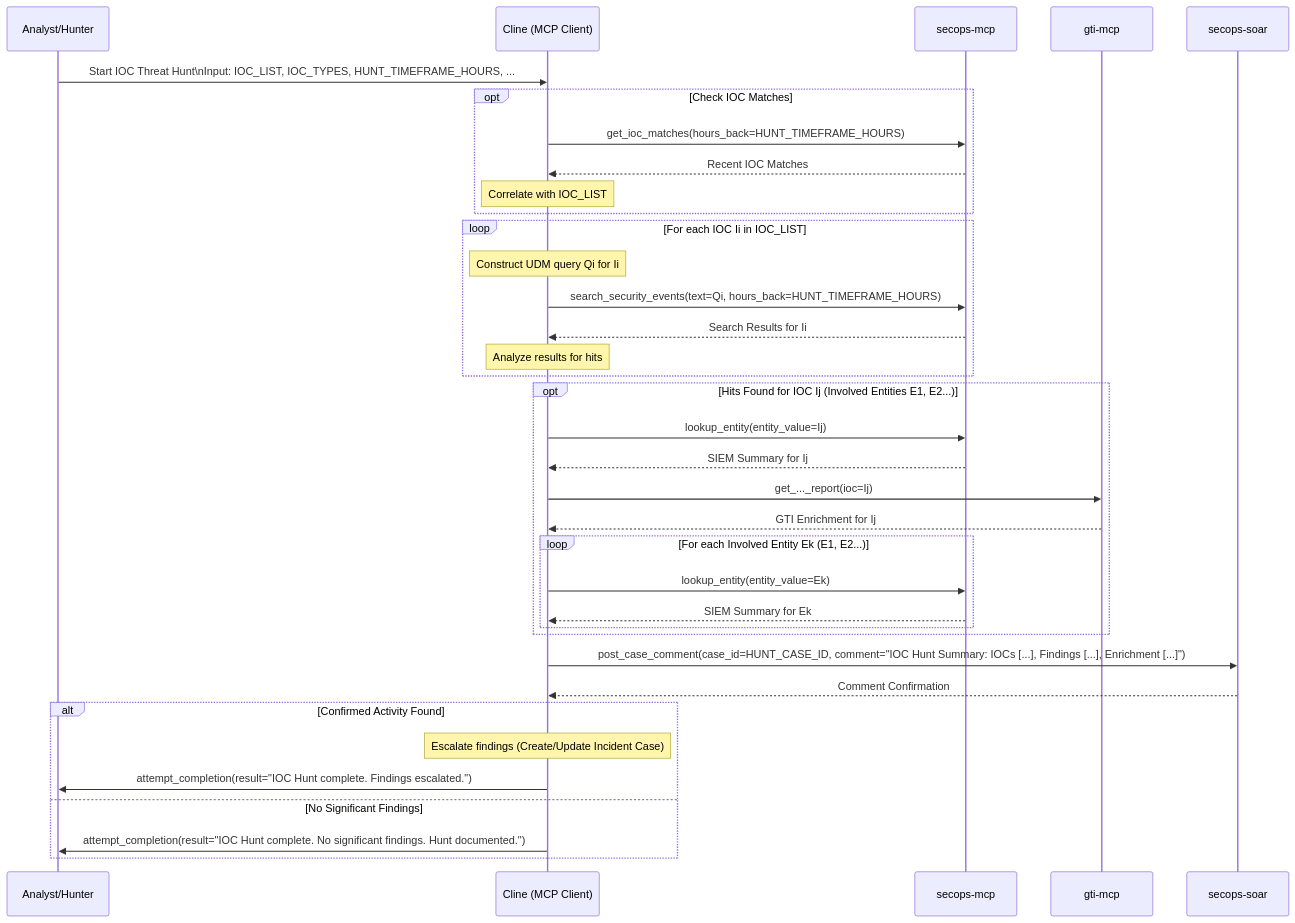
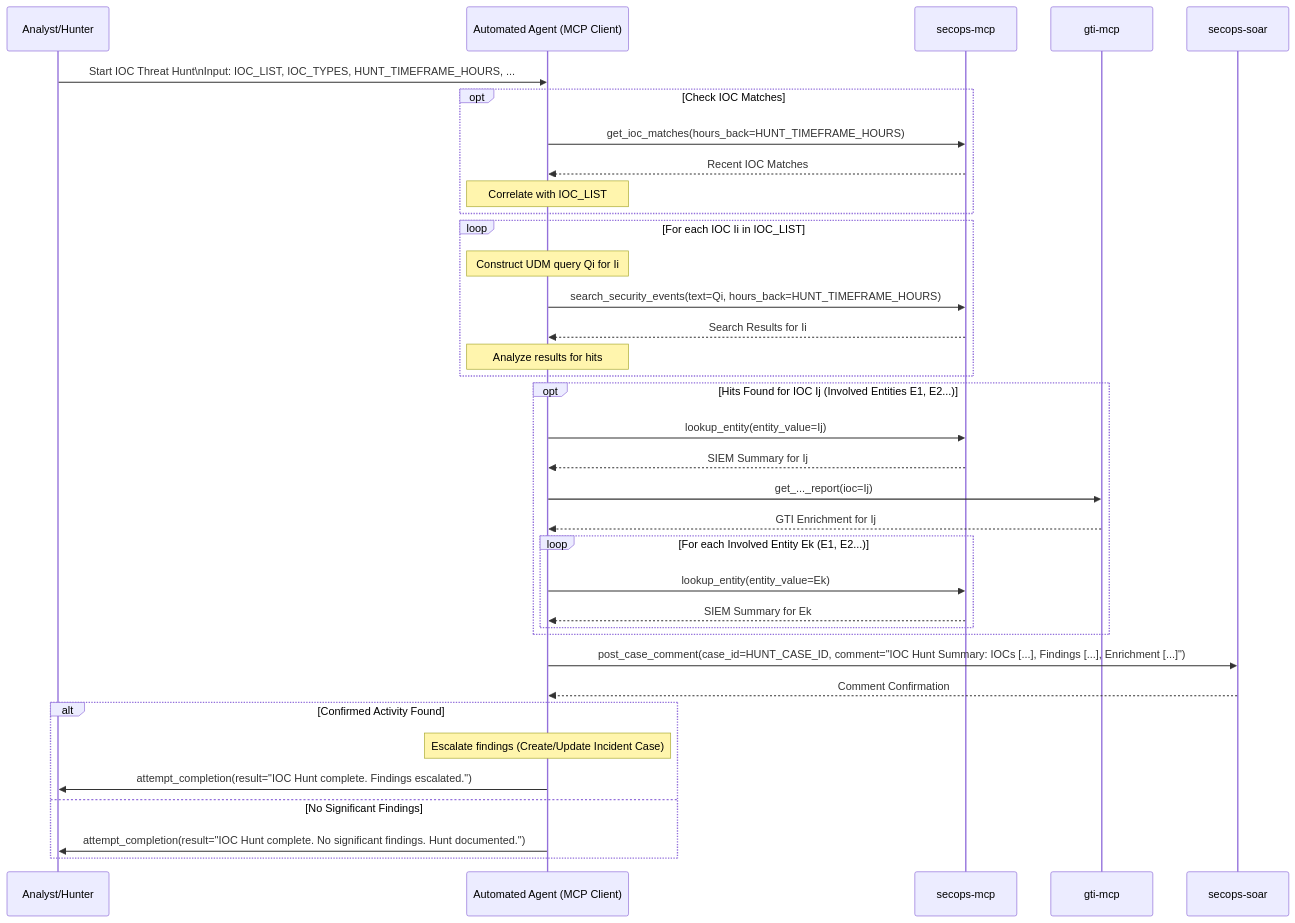
The diagram in rules-bank/run_books/ioc_threat_hunt.md (dandye/adk_runbooks), drawn with Mermaid before and after one commit. The commit also changed 42 other files, not shown here.

````diff
--- a/rules-bank/run_books/ioc_threat_hunt.md
+++ b/rules-bank/run_books/ioc_threat_hunt.md
@@ -45,49 +45,49 @@
 ```{mermaid}
 sequenceDiagram
     participant Analyst/Hunter
-    participant Cline as Cline (MCP Client)
+    participant AutomatedAgent as Automated Agent (MCP Client)
     participant SIEM as secops-mcp
     participant GTI as gti-mcp
     participant SOAR as secops-soar
 
-    Analyst/Hunter->>Cline: Start IOC Threat Hunt\nInput: IOC_LIST, IOC_TYPES, HUNT_TIMEFRAME_HOURS, ...
+    Analyst/Hunter->>AutomatedAgent: Start IOC Threat Hunt\nInput: IOC_LIST, IOC_TYPES, HUNT_TIMEFRAME_HOURS, ...
 
     %% Step 2: Initial Check (Optional)
     opt Check IOC Matches
-        Cline->>SIEM: get_ioc_matches(hours_back=HUNT_TIMEFRAME_HOURS)
-        SIEM-->>Cline: Recent IOC Matches
-        Note over Cline: Correlate with IOC_LIST
+        AutomatedAgent->>SIEM: get_ioc_matches(hours_back=HUNT_TIMEFRAME_HOURS)
+        SIEM-->>AutomatedAgent: Recent IOC Matches
+        Note over AutomatedAgent: Correlate with IOC_LIST
     end
 
     %% Step 3: Iterative SIEM Search
     loop For each IOC Ii in IOC_LIST
-        Note over Cline: Construct UDM query Qi for Ii
-        Cline->>SIEM: search_security_events(text=Qi, hours_back=HUNT_TIMEFRAME_HOURS)
-        SIEM-->>Cline: Search Results for Ii
-        Note over Cline: Analyze results for hits
+        Note over AutomatedAgent: Construct UDM query Qi for Ii
+        AutomatedAgent->>SIEM: search_security_events(text=Qi, hours_back=HUNT_TIMEFRAME_HOURS)
+        SIEM-->>AutomatedAgent: Search Results for Ii
+        Note over AutomatedAgent: Analyze results for hits
     end
 
     %% Step 4: Enrich Findings
     opt Hits Found for IOC Ij (Involved Entities E1, E2...)
-        Cline->>SIEM: lookup_entity(entity_value=Ij)
-        SIEM-->>Cline: SIEM Summary for Ij
-        Cline->>GTI: get_..._report(ioc=Ij)
-        GTI-->>Cline: GTI Enrichment for Ij
+        AutomatedAgent->>SIEM: lookup_entity(entity_value=Ij)
+        SIEM-->>AutomatedAgent: SIEM Summary for Ij
+        AutomatedAgent->>GTI: get_..._report(ioc=Ij)
+        GTI-->>AutomatedAgent: GTI Enrichment for Ij
         loop For each Involved Entity Ek (E1, E2...)
-            Cline->>SIEM: lookup_entity(entity_value=Ek)
-            SIEM-->>Cline: SIEM Summary for Ek
+            AutomatedAgent->>SIEM: lookup_entity(entity_value=Ek)
+            SIEM-->>AutomatedAgent: SIEM Summary for Ek
         end
     end
 
     %% Step 5: Document Hunt
-    Cline->>SOAR: post_case_comment(case_id=HUNT_CASE_ID, comment="IOC Hunt Summary: IOCs [...], Findings [...], Enrichment [...]")
-    SOAR-->>Cline: Comment Confirmation
+    AutomatedAgent->>SOAR: post_case_comment(case_id=HUNT_CASE_ID, comment="IOC Hunt Summary: IOCs [...], Findings [...], Enrichment [...]")
+    SOAR-->>AutomatedAgent: Comment Confirmation
 
     %% Step 6: Escalate or Conclude
     alt Confirmed Activity Found
-        Note over Cline: Escalate findings (Create/Update Incident Case)
-        Cline->>Analyst/Hunter: attempt_completion(result="IOC Hunt complete. Findings escalated.")
+        Note over AutomatedAgent: Escalate findings (Create/Update Incident Case)
+        AutomatedAgent->>Analyst/Hunter: attempt_completion(result="IOC Hunt complete. Findings escalated.")
     else No Significant Findings
-        Cline->>Analyst/Hunter: attempt_completion(result="IOC Hunt complete. No significant findings. Hunt documented.")
+        AutomatedAgent->>Analyst/Hunter: attempt_completion(result="IOC Hunt complete. No significant findings. Hunt documented.")
     end
 ```
````
